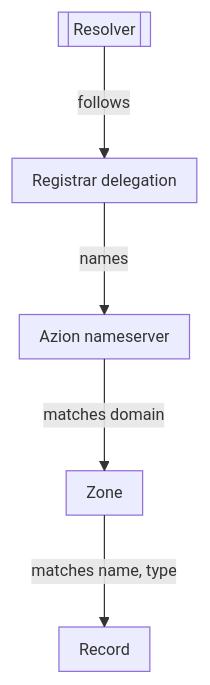
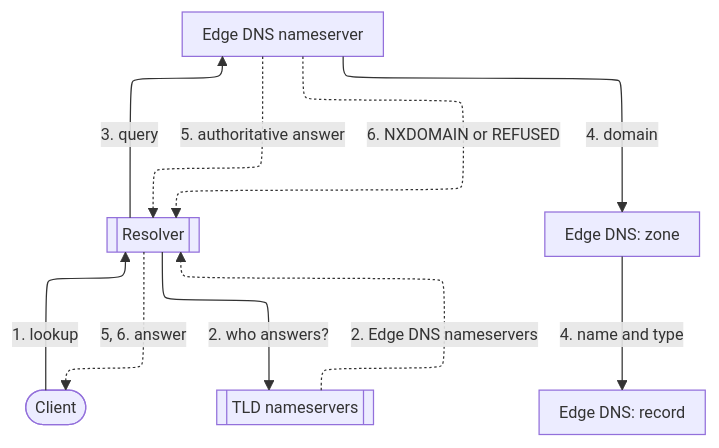
Before and after one commit to aziontech/docs: the diagram in apps/docs/src/content/docs/en/pages/main-menu/reference/secure/edge-dns/edge-dns.mdx, drawn with Mermaid. The commit also changed other lines of this file and 73 other files, not shown here.

Commit message:
fix(edge-dns): test the Edge DNS section against the product and correct the pages (#2710)

````diff
--- a/apps/docs/src/content/docs/en/pages/main-menu/reference/secure/edge-dns/edge-dns.mdx
+++ b/apps/docs/src/content/docs/en/pages/main-menu/reference/secure/edge-dns/edge-dns.mdx
@@ -50,8 +34,19 @@
 ```mermaid
-%%{init: {"layout": "elk", "themeVariables": {"fontSize": "13px"}, "flowchart": {"nodeSpacing": 24, "rankSpacing": 36, "padding": 8, "wrappingWidth": 150, "useMaxWidth": true}, "sequence": {"width": 120, "actorMargin": 30, "useMaxWidth": true}}}%%
+%%{init: {"layout": "elk", "elk": {"cycleBreakingStrategy": "MODEL_ORDER"}, "themeVariables": {"fontSize": "13px"}, "flowchart": {"nodeSpacing": 24, "rankSpacing": 36, "padding": 8, "wrappingWidth": 150, "useMaxWidth": true}, "sequence": {"width": 120, "actorMargin": 30, "useMaxWidth": true}}}%%
 flowchart TD
-  Res[["Resolver"]] -->|"follows"| Del["Registrar delegation"]
-  Del -->|"names"| Ns["Azion nameserver"]
-  Ns -->|"matches domain"| Zone["Zone"]
-  Zone -->|"matches name, type"| Rec["Record"]
+  Client(["Client"])
+  Resolver[["Resolver"]]
+  TLD[["TLD nameservers"]]
+  NS["Edge DNS nameserver"]
+  Zone["Edge DNS: zone"]
+  Record["Edge DNS: record"]
+  Client -->|"1. lookup"| Resolver
+  Resolver -->|"2. who answers?"| TLD
+  TLD -.->|"2. Edge DNS nameservers"| Resolver
+  Resolver -->|"3. query"| NS
+  NS -->|"4. domain"| Zone
+  Zone -->|"4. name and type"| Record
+  NS -.->|"5. authoritative answer"| Resolver
+  NS -.->|"6. NXDOMAIN or REFUSED"| Resolver
+  Resolver -.->|"5, 6. answer"| Client
 ```
````
